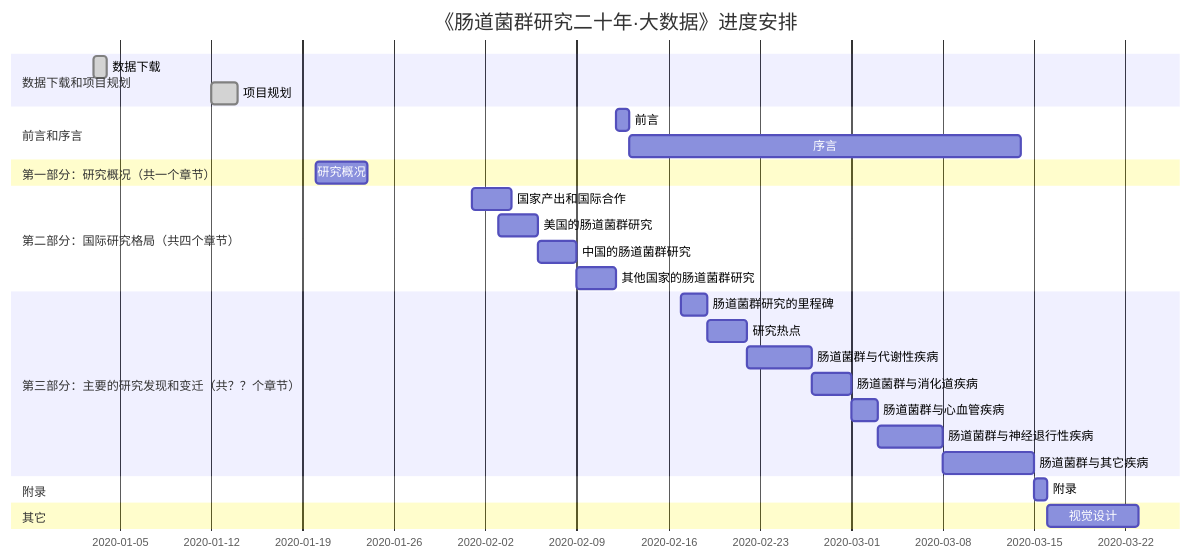
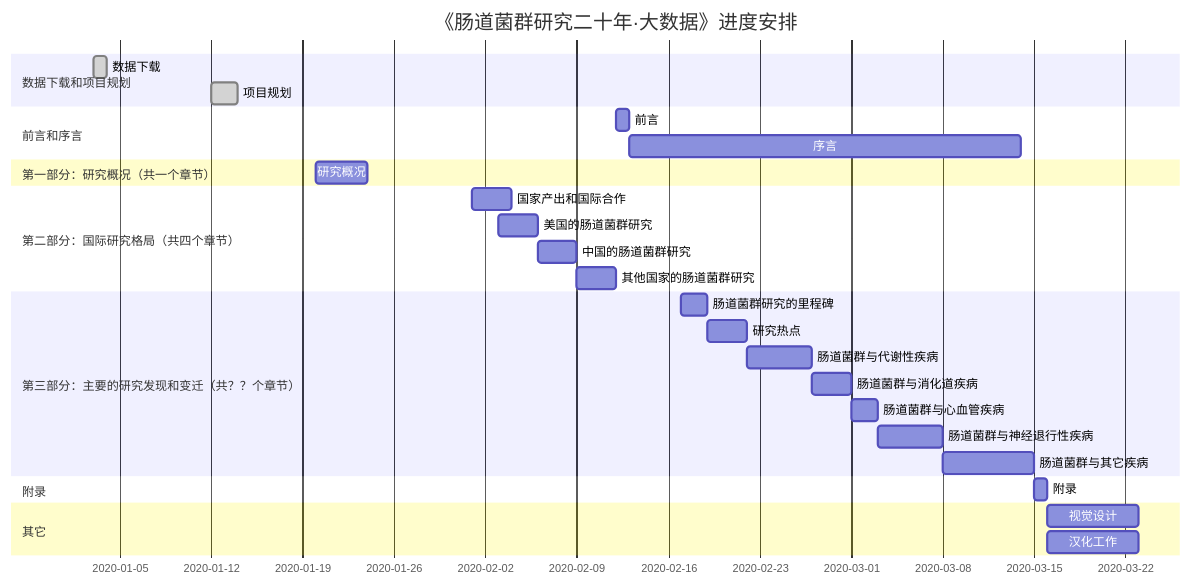
One commit to gaospecial/gut-microbiome-20yrs changed the diagram in timeline.md. Above: the diagram before and after it, drawn with Mermaid.

Commit message:
变更进度

````diff
--- a/timeline.md
+++ b/timeline.md
@@ -16,41 +16,41 @@
 ```mermaid
 
 gantt
 dateFormat YYYY-M-D
 title 《肠道菌群研究二十年·大数据》进度安排
 
 section 数据下载和项目规划
 数据下载: done, 2020-1-3, 1d
 项目规划: done, 2020-1-12, 2d
 
 section 前言和序言
 前言: des1, after des7, 1d
 序言: des2, after des1, 30d
 
 section 第一部分：研究概况（共一个章节）
 研究概况: des3, 2020-1-20, 4d
 
 section 第二部分：国际研究格局（共四个章节）
 国家产出和国际合作: des4, 2020-2-1, 3d
 美国的肠道菌群研究: des5, 2020-2-3, 3d
 中国的肠道菌群研究: des6, after des5,3d
 其他国家的肠道菌群研究: des7, after des6,3d
 
 section 第三部分：主要的研究发现和变迁（共？？个章节）
 肠道菌群研究的里程碑: des8, 2020-2-17, 2d
 研究热点: des9, after des8, 3d
 肠道菌群与代谢性疾病: des10, after des9, 5d
 肠道菌群与消化道疾病: des11, after des10, 3d
 肠道菌群与心血管疾病: des12, after des11, 2d
 肠道菌群与神经退行性疾病: des13, after des12, 5d
 肠道菌群与其它疾病: des14, after des13, 7d
 
 section 附录
 附录: des15, after des14, 1d
 
 section 其它
 视觉设计: des16, after des15, 7d
-
+汉化工作: des17, after des15, 7d
 
 
 ```
````
